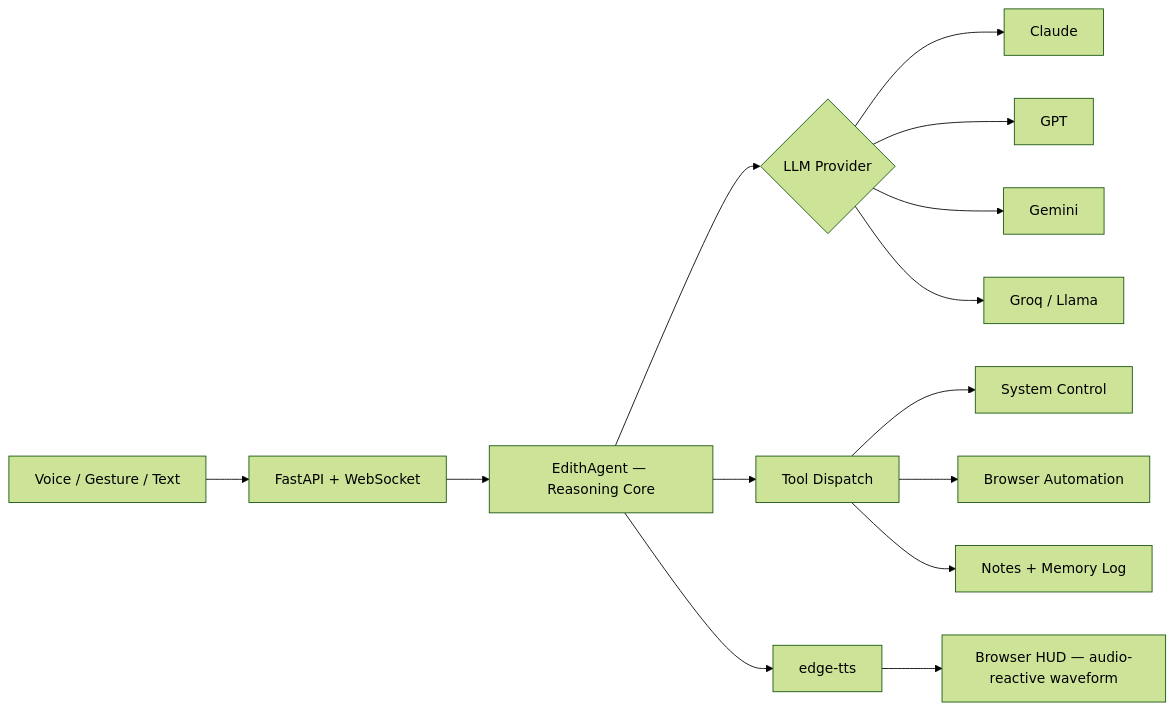
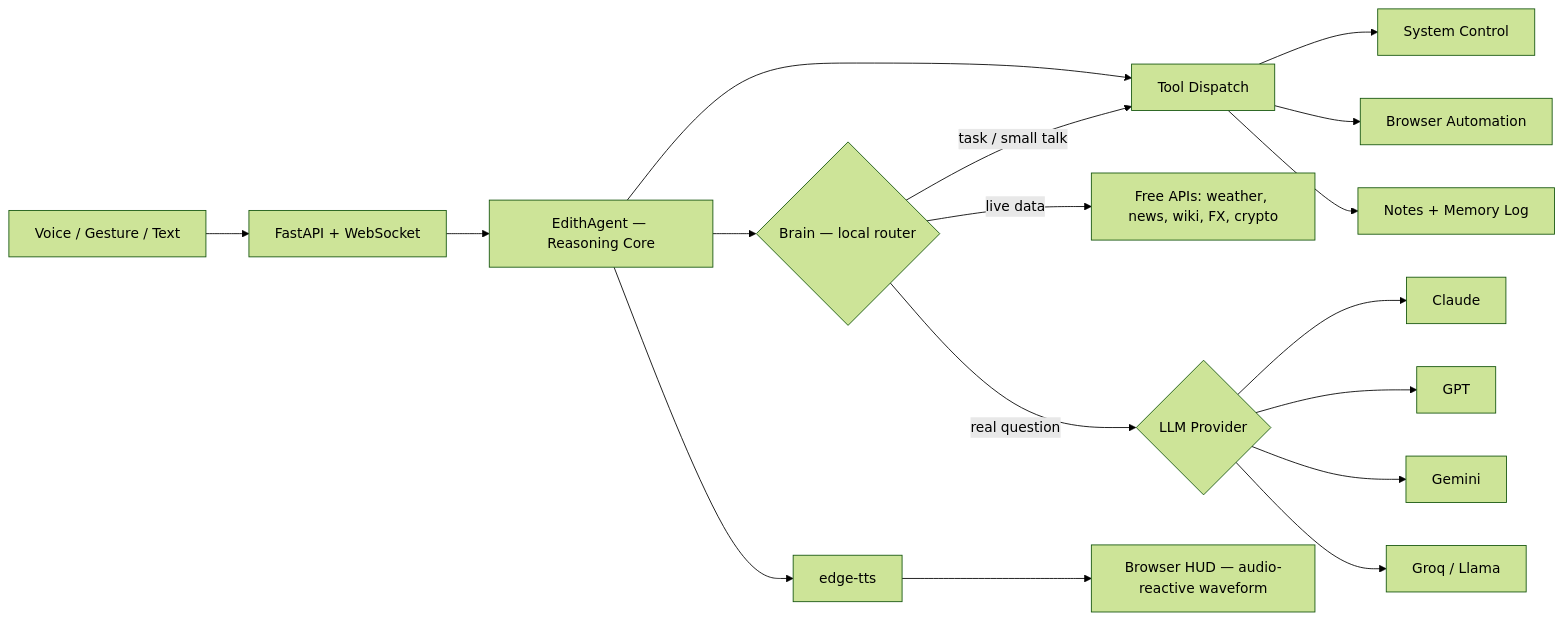
One commit to om-nigam34/EDITH changed the diagram in README.md. Above: the diagram before and after it, drawn with Mermaid (forest theme). The commit also changed other lines of this file, not shown here.

````diff
--- a/README.md
+++ b/README.md
@@ -33,16 +34,19 @@
 ```mermaid
 flowchart LR
     U["Voice / Gesture / Text"] --> WS[FastAPI + WebSocket]
     WS --> CORE["EdithAgent — Reasoning Core"]
-    CORE --> LLM{LLM Provider}
+    CORE --> BRAIN{"Brain — local router"}
+    BRAIN -->|task / small talk| TOOLS
+    BRAIN -->|live data| LIVE["Free APIs: weather, news, wiki, FX, crypto"]
+    BRAIN -->|real question| LLM{LLM Provider}
     LLM --> ANT[Claude]
     LLM --> OAI[GPT]
     LLM --> GEM[Gemini]
     LLM --> GRQ[Groq / Llama]
     CORE --> TOOLS[Tool Dispatch]
     TOOLS --> SYS[System Control]
     TOOLS --> BRW[Browser Automation]
     TOOLS --> MEM[Notes + Memory Log]
     CORE --> TTS[edge-tts]
     TTS --> HUD["Browser HUD — audio-reactive waveform"]
 ```
````
